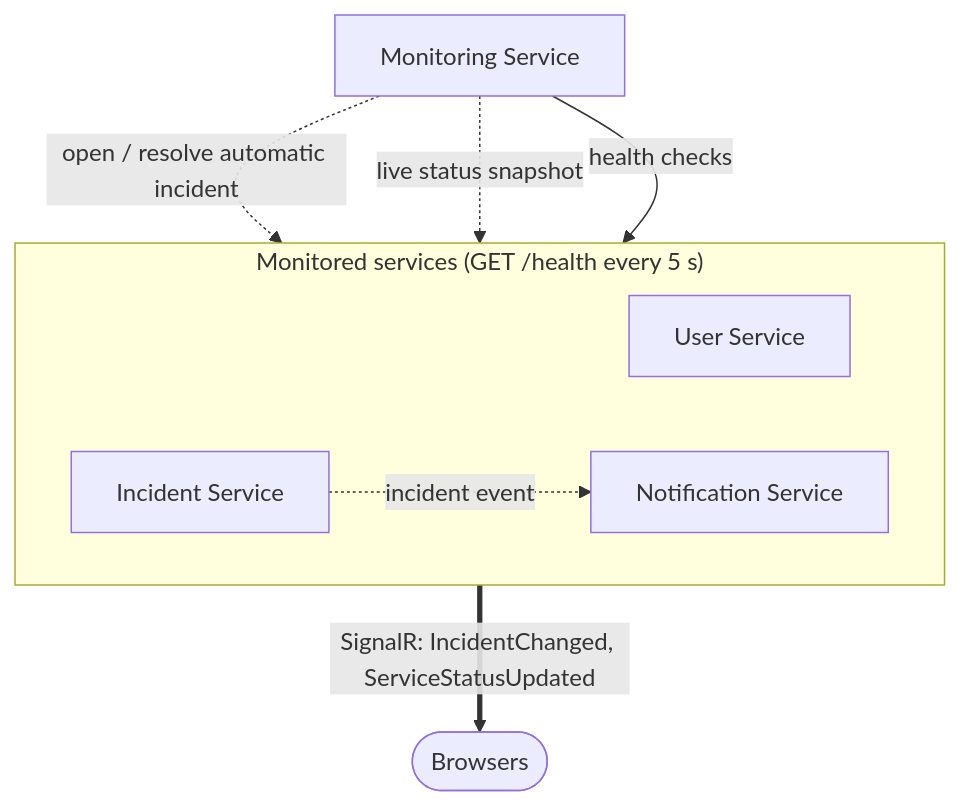
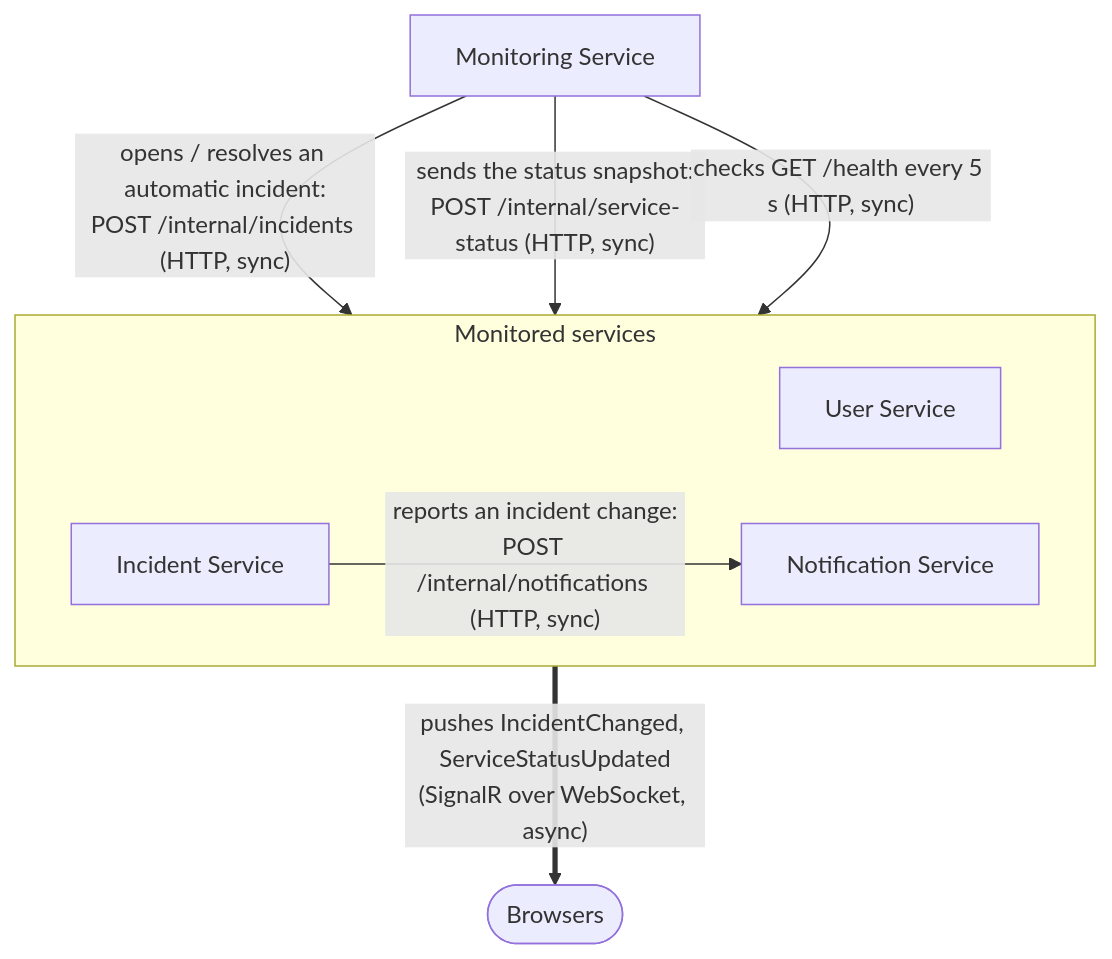
Before and after one commit to merictopal/incident-management-system: the diagram in project/docs/diagrams/01b-internal-communication.mmd, drawn with Mermaid. The commit also changed 16 other files, not shown here.

Commit message:
Align diagrams with the course diagram rules and the code

```diff
--- a/project/docs/diagrams/01b-internal-communication.mmd
+++ b/project/docs/diagrams/01b-internal-communication.mmd
@@ -1,15 +1,15 @@
 flowchart TB
     monitoring["Monitoring Service"]
-    subgraph monitored["Monitored services (GET /health every 5 s)"]
+    subgraph monitored["Monitored services"]
         direction LR
         user["User Service"]
         incident["Incident Service"]
         notification["Notification Service"]
     end
     browsers(["Browsers"])
 
-    monitoring -- "health checks" --> monitored
-    monitoring -. "open / resolve automatic incident" .-> incident
-    monitoring -. "live status snapshot" .-> notification
-    incident -. "incident event" .-> notification
-    notification == "SignalR: IncidentChanged, ServiceStatusUpdated" ==> browsers
+    monitoring -- "checks GET /health every 5 s (HTTP, sync)" --> monitored
+    monitoring -- "opens / resolves an automatic incident:<br/>POST /internal/incidents (HTTP, sync)" --> incident
+    monitoring -- "sends the status snapshot:<br/>POST /internal/service-status (HTTP, sync)" --> notification
+    incident -- "reports an incident change:<br/>POST /internal/notifications (HTTP, sync)" --> notification
+    notification == "pushes IncidentChanged, ServiceStatusUpdated<br/>(SignalR over WebSocket, async)" ==> browsers
```
